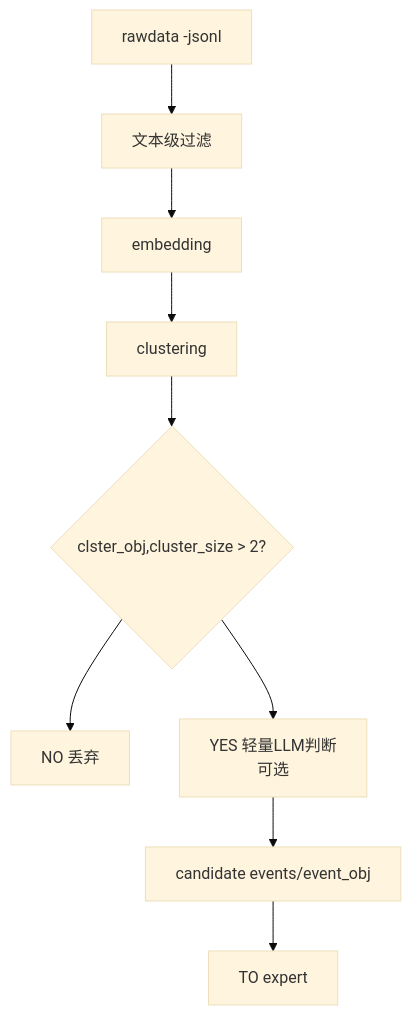
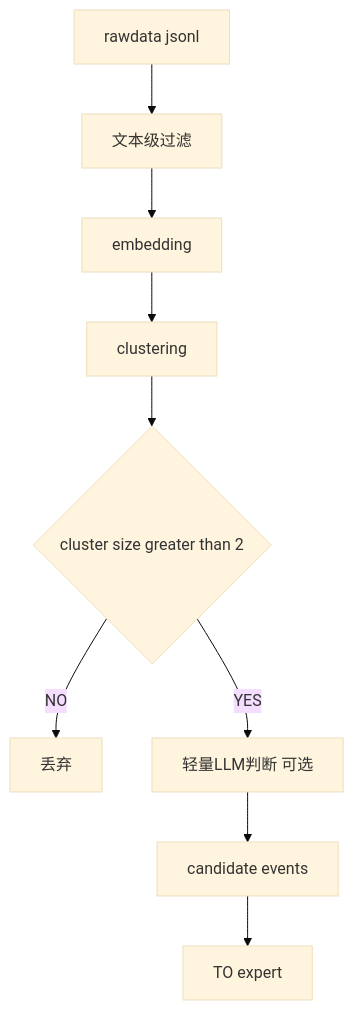
One commit to klinda78/news-analysis changed the diagram in src/Pre-Compression/readme.md. Above: the diagram before and after it, drawn with Mermaid (base theme).

Commit message:
Update flowchart in readme.md for clarity

````diff
--- a/src/Pre-Compression/readme.md
+++ b/src/Pre-Compression/readme.md
@@ -48,18 +48,15 @@
 ```mermaid
 flowchart TD
 
-O[rawdata -jsonl]
-O --> A[ 文本级过滤 ]
-A --> B[embedding]
-B --> C[clustering]
-
-C --> D{clster_obj,cluster_size > 2?}
-
-D --> X[NO 丢弃]
-
-D --> E[YES 轻量LLM判断<br/>可选]
-
-E --> F[candidate events/event_obj]
-
-F --> G[TO expert] 
+    O[rawdata jsonl]
+    O --> A[文本级过滤]
+    A --> B[embedding]
+    B --> C[clustering]
+    C --> D{cluster size greater than 2}
+    
+    D -->|NO| X[丢弃]
+    D -->|YES| E[轻量LLM判断 可选]
+    
+    E --> F[candidate events]
+    F --> G[TO expert]
 ```
````
